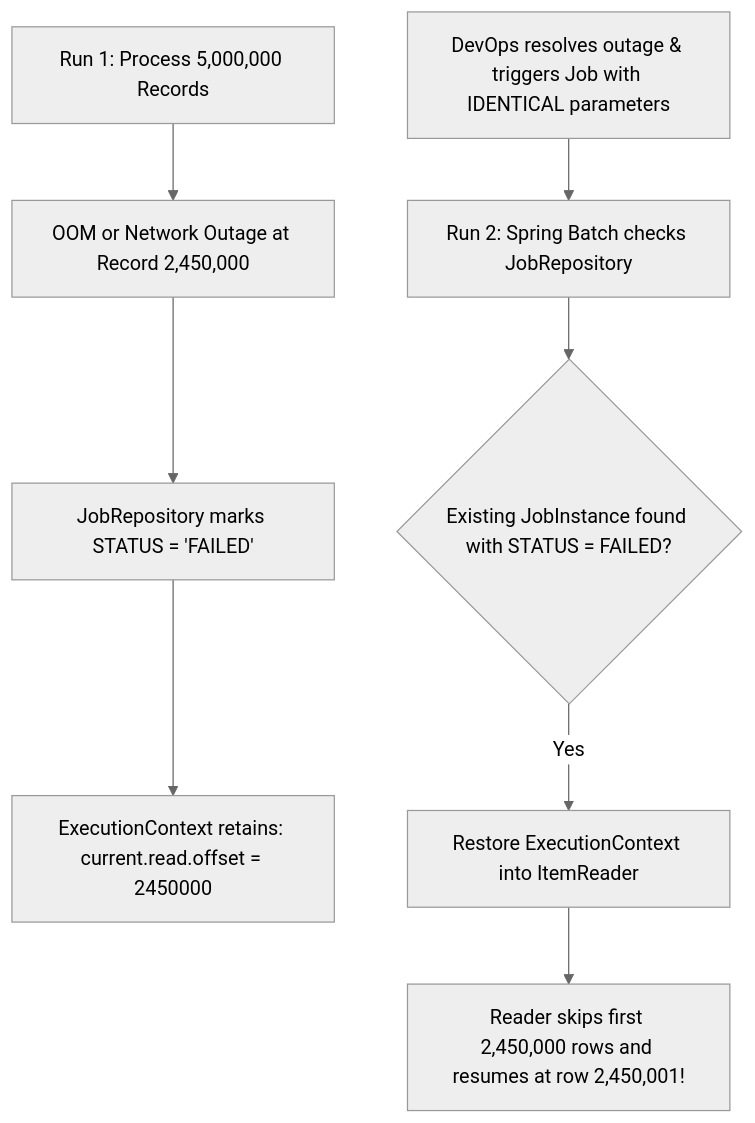
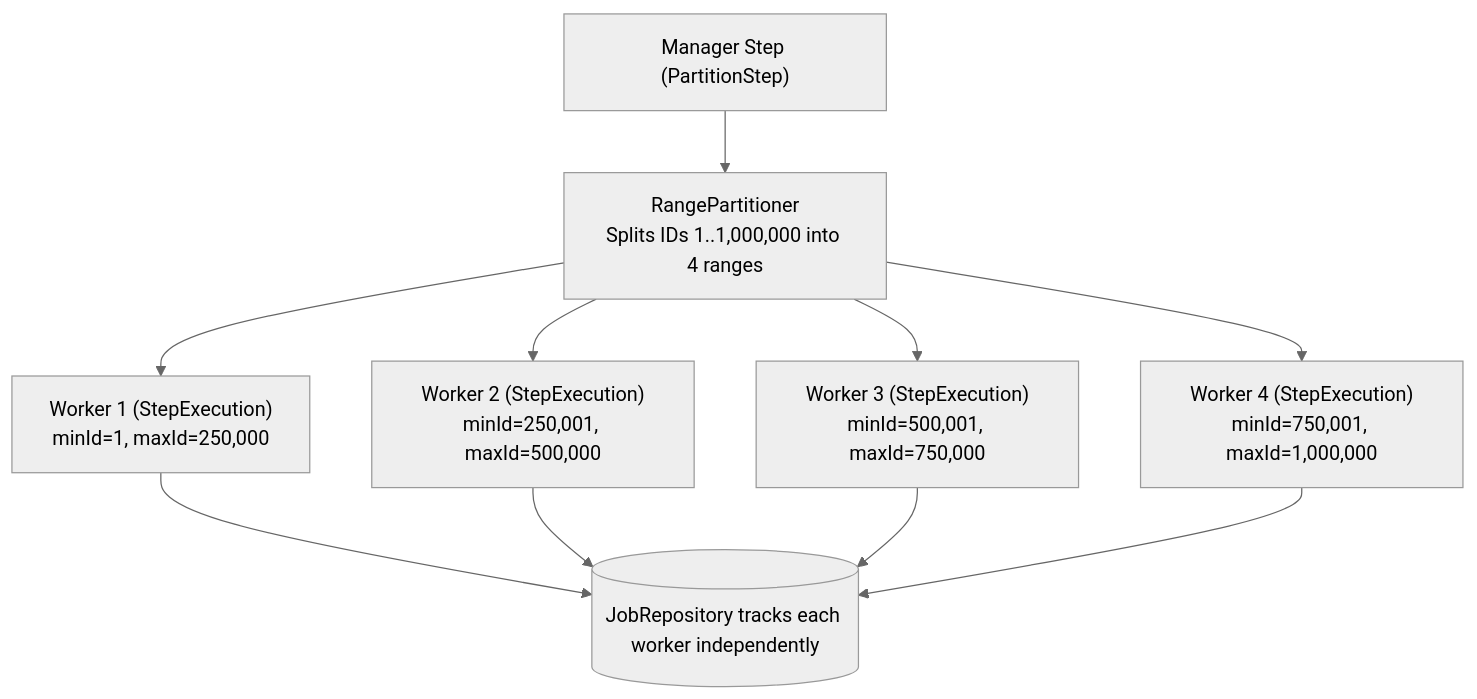
The fourth of 4 diagrams in content/roadmap/level-8/spring-batch-chunk-processing.md (ravishankar2463/java_hub), drawn with Mermaid (neutral theme) before and after one commit. The commit also changed other lines of this file and 119 other files, not shown here.

Commit message:
feat: add comprehensive java learning roadmap content across multiple levels

````diff
--- a/content/roadmap/level-8/spring-batch-chunk-processing.md
+++ b/content/roadmap/level-8/spring-batch-chunk-processing.md
@@ -363,11 +423,13 @@
 ```mermaid
 flowchart TD
-    Run1["Run 1: Process 5,000,000 Records"] --> Crash["OOM or Network Outage at Record 2,450,000"]
-    Crash --> RecordStatus["JobRepository marks STATUS = 'FAILED'"]
-    RecordStatus --> SaveOffset["ExecutionContext retains: current.read.offset = 2450000"]
+    Manager["Manager Step (PartitionStep)"] --> Partitioner["RangePartitioner<br/>Splits IDs 1..1,000,000 into 4 ranges"]
+    Partitioner --> P1["Worker 1 (StepExecution)<br/>minId=1, maxId=250,000"]
+    Partitioner --> P2["Worker 2 (StepExecution)<br/>minId=250,001, maxId=500,000"]
+    Partitioner --> P3["Worker 3 (StepExecution)<br/>minId=500,001, maxId=750,000"]
+    Partitioner --> P4["Worker 4 (StepExecution)<br/>minId=750,001, maxId=1,000,000"]
 
-    Fix["DevOps resolves outage & triggers Job with IDENTICAL parameters"] --> Run2["Run 2: Spring Batch checks JobRepository"]
-    Run2 --> CheckInstance{"Existing JobInstance found with STATUS = FAILED?"}
-    CheckInstance -- Yes --> Restore["Restore ExecutionContext into ItemReader"]
-    Restore --> Resume["Reader skips first 2,450,000 rows and resumes at row 2,450,001!"]
+    P1 --> Repo[("JobRepository tracks each worker independently")]
+    P2 --> Repo
+    P3 --> Repo
+    P4 --> Repo
 ```
````
